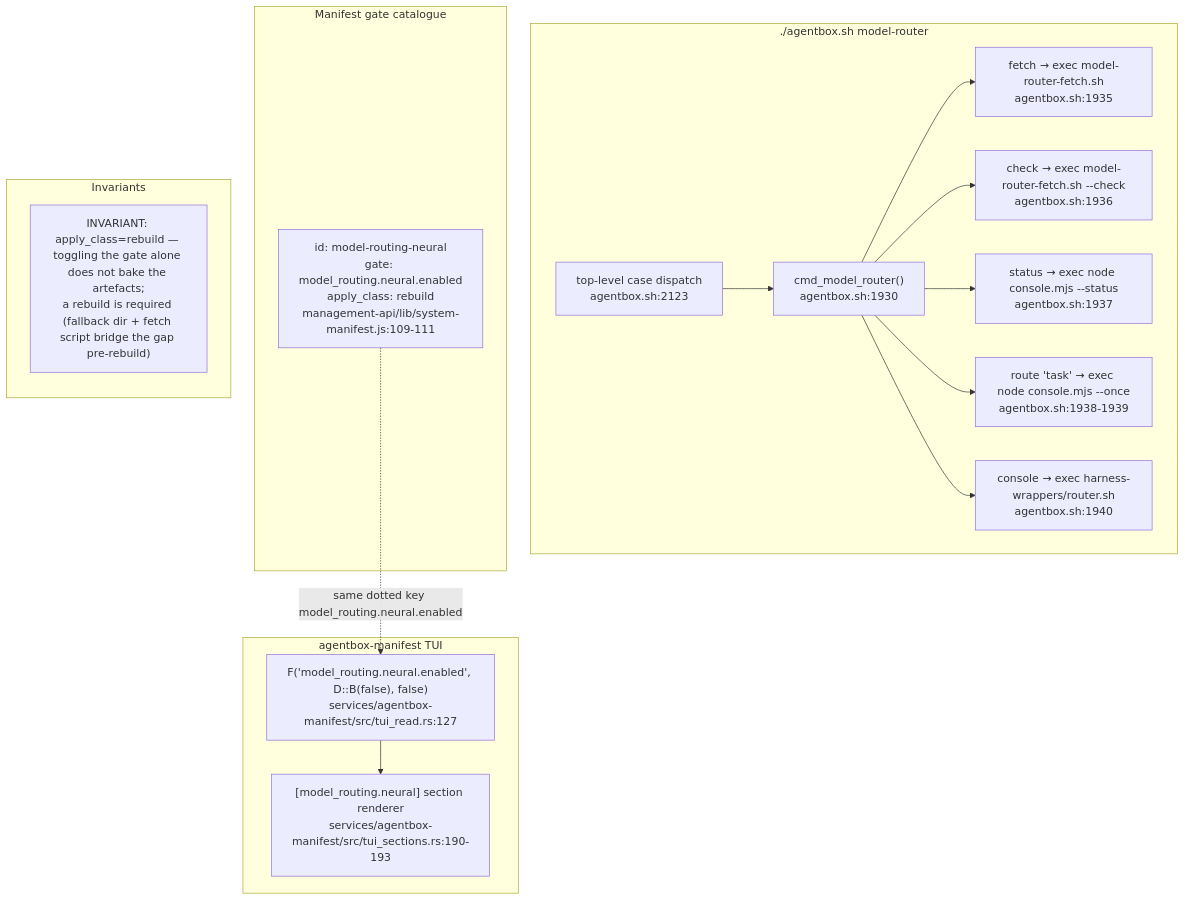
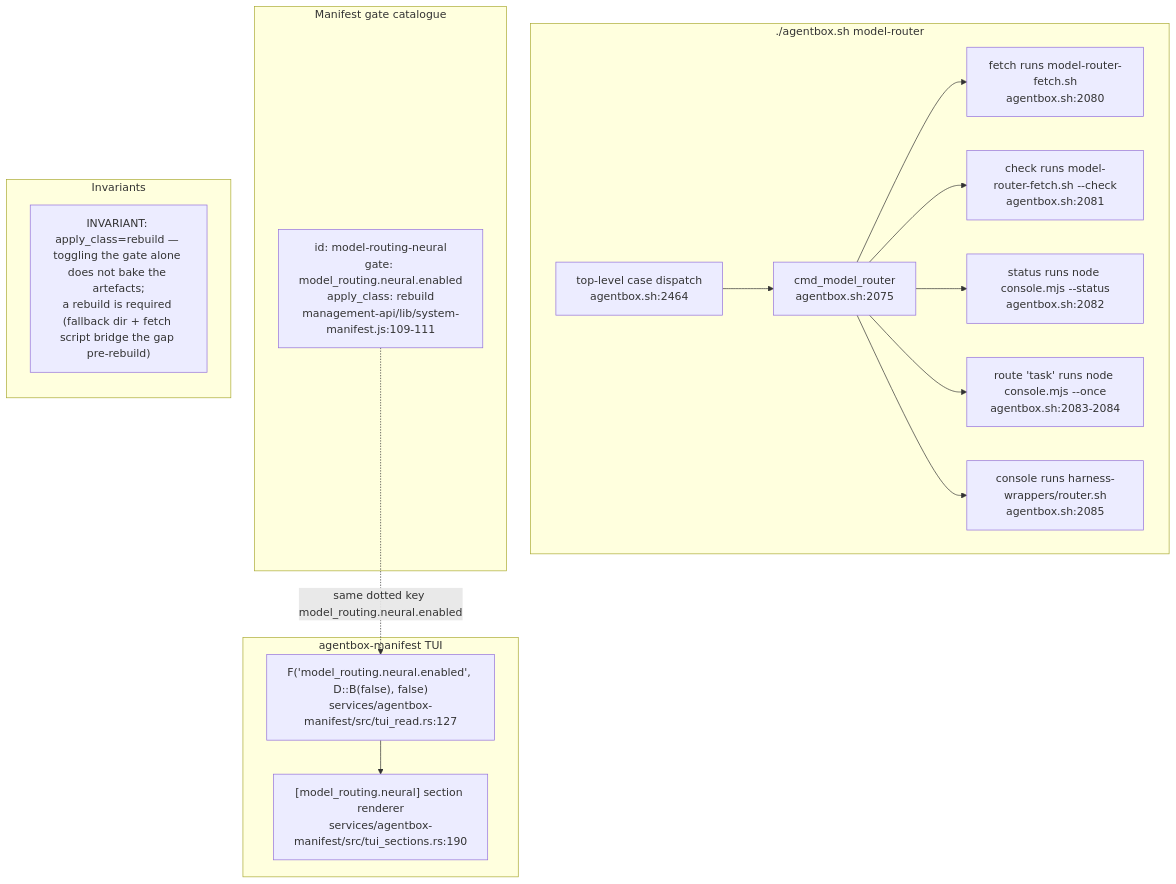
Before and after one commit to DreamLab-AI/VisionFlow: the eighth of 9 diagrams in docs/diagrams/agentbox/29-metaharness-router-console.md, drawn with Mermaid. The commit also changed other lines of this file and 28 other files, not shown here.

````diff
--- a/docs/diagrams/agentbox/29-metaharness-router-console.md
+++ b/docs/diagrams/agentbox/29-metaharness-router-console.md
@@ -268,32 +269,32 @@
 ```mermaid
 flowchart TB
     subgraph cli["./agentbox.sh model-router <sub>"]
-        CMD["cmd_model_router()<br/>agentbox.sh:1930"]
-        FETCH2["fetch → exec model-router-fetch.sh<br/>agentbox.sh:1935"]
-        CHECK2["check → exec model-router-fetch.sh --check<br/>agentbox.sh:1936"]
-        STATUS2["status → exec node console.mjs --status<br/>agentbox.sh:1937"]
-        ROUTE2["route 'task' → exec node console.mjs --once<br/>agentbox.sh:1938-1939"]
-        CONSOLE2["console → exec harness-wrappers/router.sh<br/>agentbox.sh:1940"]
-        DISPATCH["top-level case dispatch<br/>agentbox.sh:2123"]
+        CMD["cmd_model_router<br/>agentbox.sh:2075"]
+        FETCH2["fetch runs model-router-fetch.sh<br/>agentbox.sh:2080"]
+        CHECK2["check runs model-router-fetch.sh --check<br/>agentbox.sh:2081"]
+        STATUS2["status runs node console.mjs --status<br/>agentbox.sh:2082"]
+        ROUTE2["route 'task' runs node console.mjs --once<br/>agentbox.sh:2083-2084"]
+        CONSOLE2["console runs harness-wrappers/router.sh<br/>agentbox.sh:2085"]
+        DISPATCH["top-level case dispatch<br/>agentbox.sh:2464"]
     end
     subgraph catalogue["Manifest gate catalogue"]
         GATE["id: model-routing-neural<br/>gate: model_routing.neural.enabled<br/>apply_class: rebuild<br/>management-api/lib/system-manifest.js:109-111"]
     end
     subgraph tui["agentbox-manifest TUI"]
         READ["F('model_routing.neural.enabled', D::B(false), false)<br/>services/agentbox-manifest/src/tui_read.rs:127"]
-        RENDER["[model_routing.neural] section renderer<br/>services/agentbox-manifest/src/tui_sections.rs:190-193"]
+        RENDER["[model_routing.neural] section renderer<br/>services/agentbox-manifest/src/tui_sections.rs:190"]
     end
     DISPATCH --> CMD
     CMD --> FETCH2
     CMD --> CHECK2
     CMD --> STATUS2
     CMD --> ROUTE2
     CMD --> CONSOLE2
     GATE -.->|"same dotted key model_routing.neural.enabled"| READ
     READ --> RENDER
     subgraph notes["Invariants"]
         direction TB
         N1["INVARIANT: apply_class=rebuild — toggling the gate alone does not bake the artefacts;<br/>a rebuild is required (fallback dir + fetch script bridge the gap pre-rebuild)"]
         N1
     end
 ```
````
